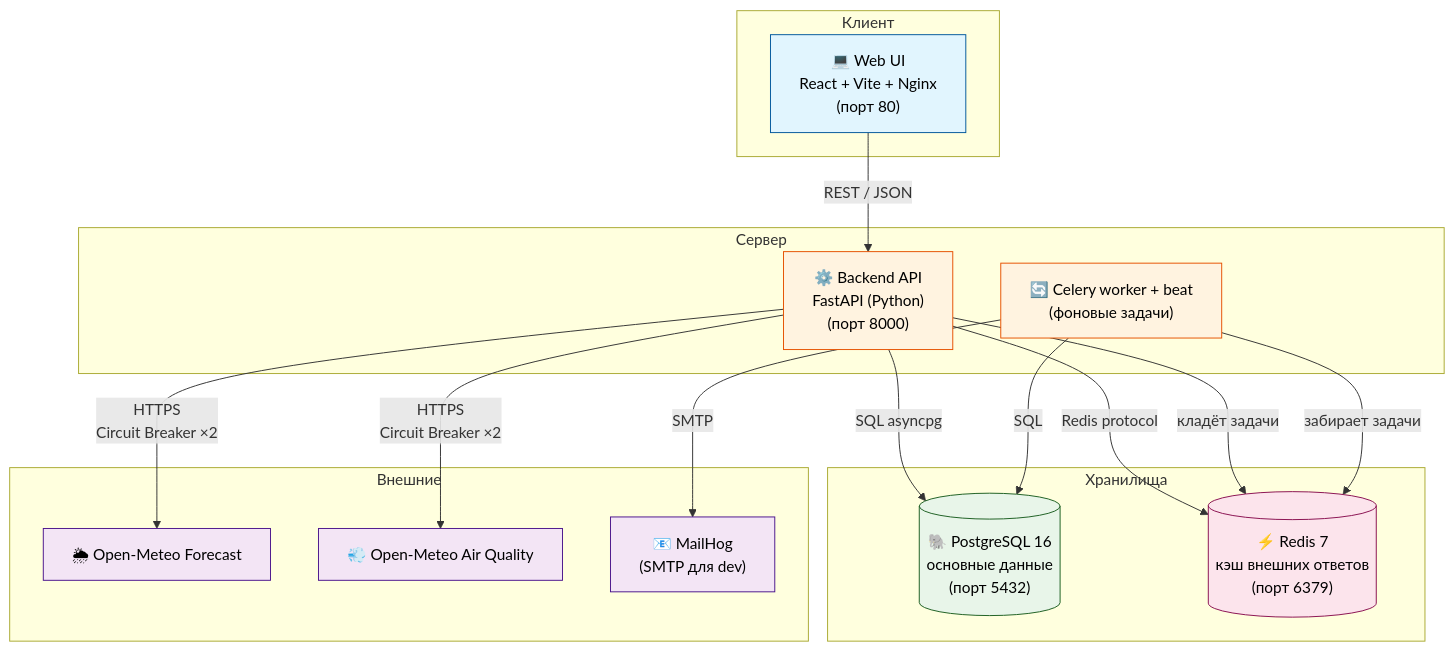
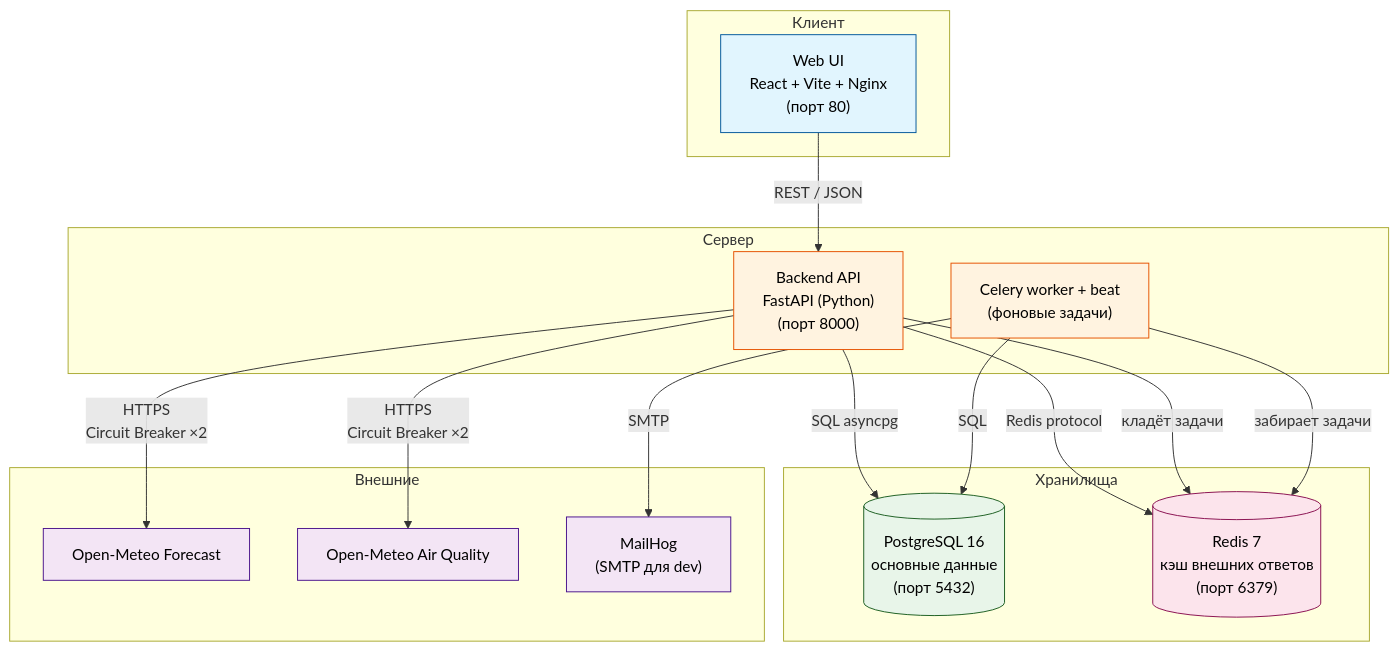
The second of 5 diagrams in README.md (dsctannie/weatherfit), drawn with Mermaid before and after one commit. The commit also changed other lines of this file, not shown here.

````diff
--- a/README.md
+++ b/README.md
@@ -445,41 +445,41 @@
 ```mermaid
 graph TB
     subgraph Client["Клиент"]
-        UI["💻 Web UI<br/>React + Vite + Nginx<br/>(порт 80)"]
+        UI[" Web UI<br/>React + Vite + Nginx<br/>(порт 80)"]
     end
 
     subgraph Server["Сервер"]
-        API["⚙️ Backend API<br/>FastAPI (Python)<br/>(порт 8000)"]
-        Worker["🔄 Celery worker + beat<br/>(фоновые задачи)"]
+        API[" Backend API<br/>FastAPI (Python)<br/>(порт 8000)"]
+        Worker[" Celery worker + beat<br/>(фоновые задачи)"]
     end
 
     subgraph Storage["Хранилища"]
-        PG[("🐘 PostgreSQL 16<br/>основные данные<br/>(порт 5432)")]
-        Redis[("⚡ Redis 7<br/>кэш внешних ответов<br/>(порт 6379)")]
+        PG[(" PostgreSQL 16<br/>основные данные<br/>(порт 5432)")]
+        Redis[(" Redis 7<br/>кэш внешних ответов<br/>(порт 6379)")]
     end
 
     subgraph External["Внешние"]
-        Forecast["🌦 Open-Meteo Forecast"]
-        AirQuality["💨 Open-Meteo Air Quality"]
-        MailHog["📧 MailHog<br/>(SMTP для dev)"]
+        Forecast[" Open-Meteo Forecast"]
+        AirQuality[" Open-Meteo Air Quality"]
+        MailHog[" MailHog<br/>(SMTP для dev)"]
     end
 
     UI -->|REST / JSON| API
     API -->|SQL asyncpg| PG
     API -->|Redis protocol| Redis
     API -->|HTTPS<br/>Circuit Breaker ×2| Forecast
     API -->|HTTPS<br/>Circuit Breaker ×2| AirQuality
     API -->|кладёт задачи| Redis
     Worker -->|забирает задачи| Redis
     Worker -->|SQL| PG
     Worker -->|SMTP| MailHog
 
     style UI fill:#e1f5fe,stroke:#01579b,color:#000
     style API fill:#fff3e0,stroke:#e65100,color:#000
     style Worker fill:#fff3e0,stroke:#e65100,color:#000
     style PG fill:#e8f5e9,stroke:#1b5e20,color:#000
     style Redis fill:#fce4ec,stroke:#880e4f,color:#000
     style Forecast fill:#f3e5f5,stroke:#4a148c,color:#000
     style AirQuality fill:#f3e5f5,stroke:#4a148c,color:#000
     style MailHog fill:#f3e5f5,stroke:#4a148c,color:#000
 ```
````
